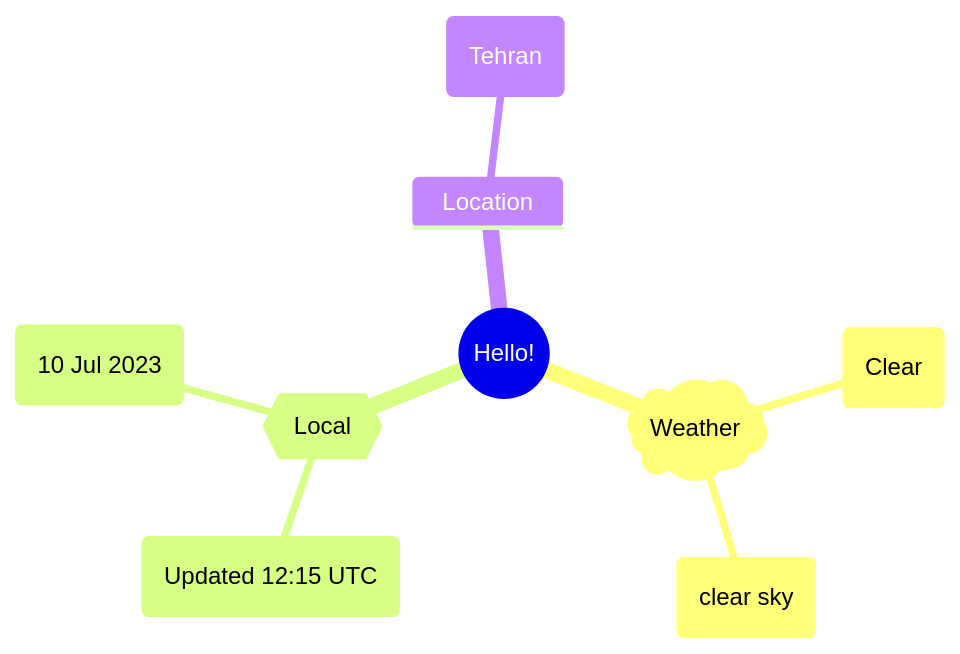
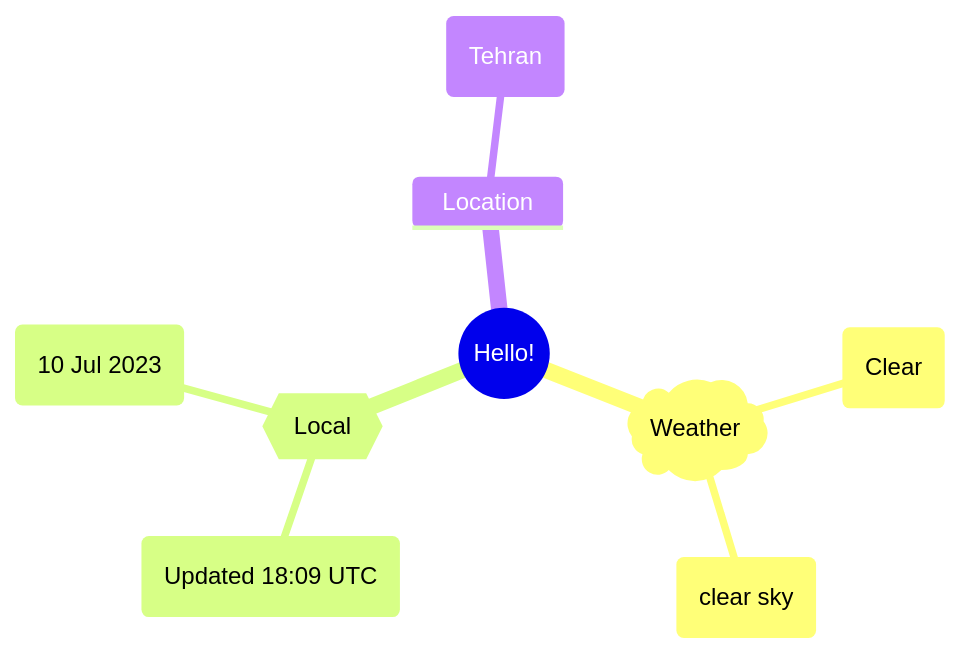
Before and after one commit to Xosrov/Xosrov: the first of 2 diagrams in README.md, drawn with Mermaid.

Commit message:
[bot] updated images

````diff
--- a/README.md
+++ b/README.md
@@ -3,12 +3,12 @@
 ```mermaid
 mindmap
   root((Hello!))
     )Weather(
         (Clear)
         (clear sky)
     {{Local}}
-        (Updated 12:15 UTC)
+        (Updated 18:09 UTC)
         (10 Jul 2023)
     Location
         (Tehran)
 ```
````
